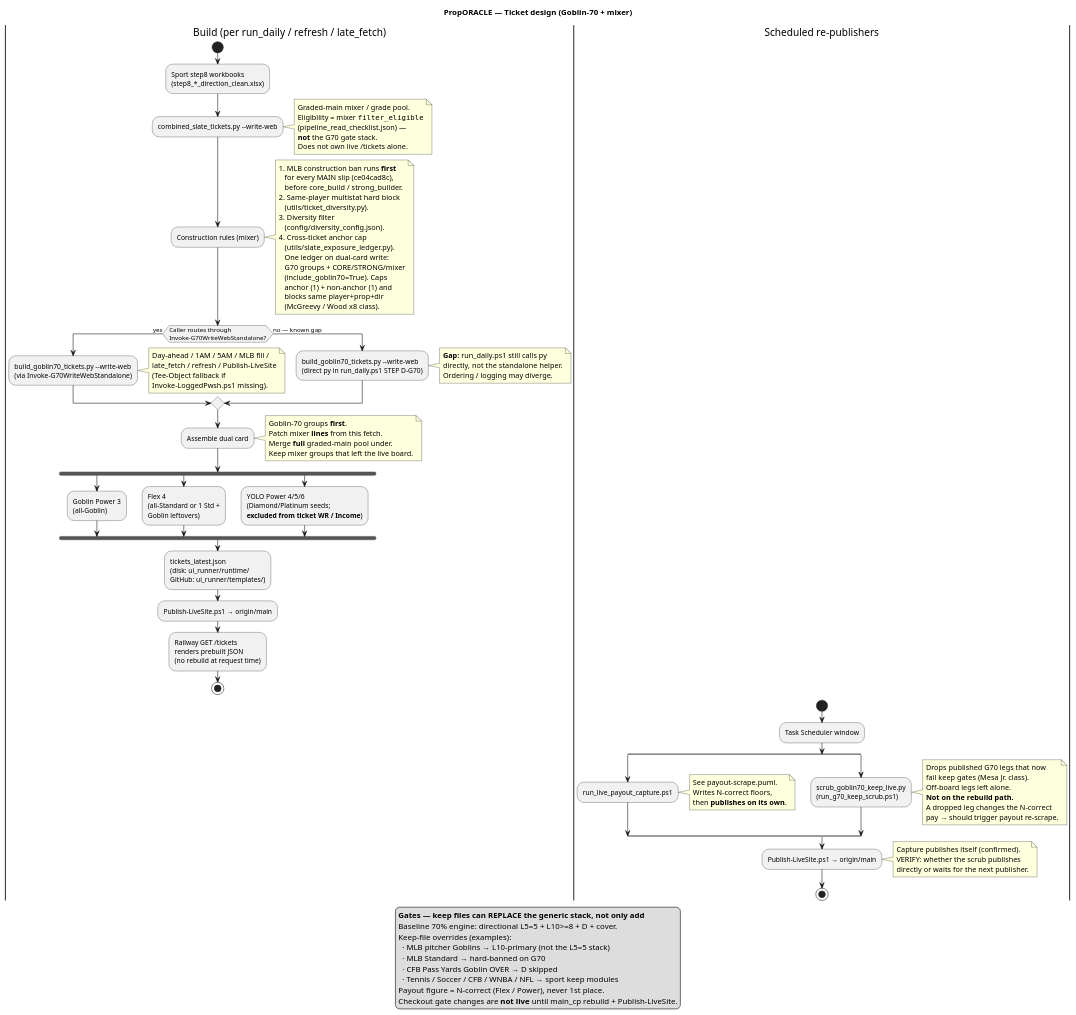
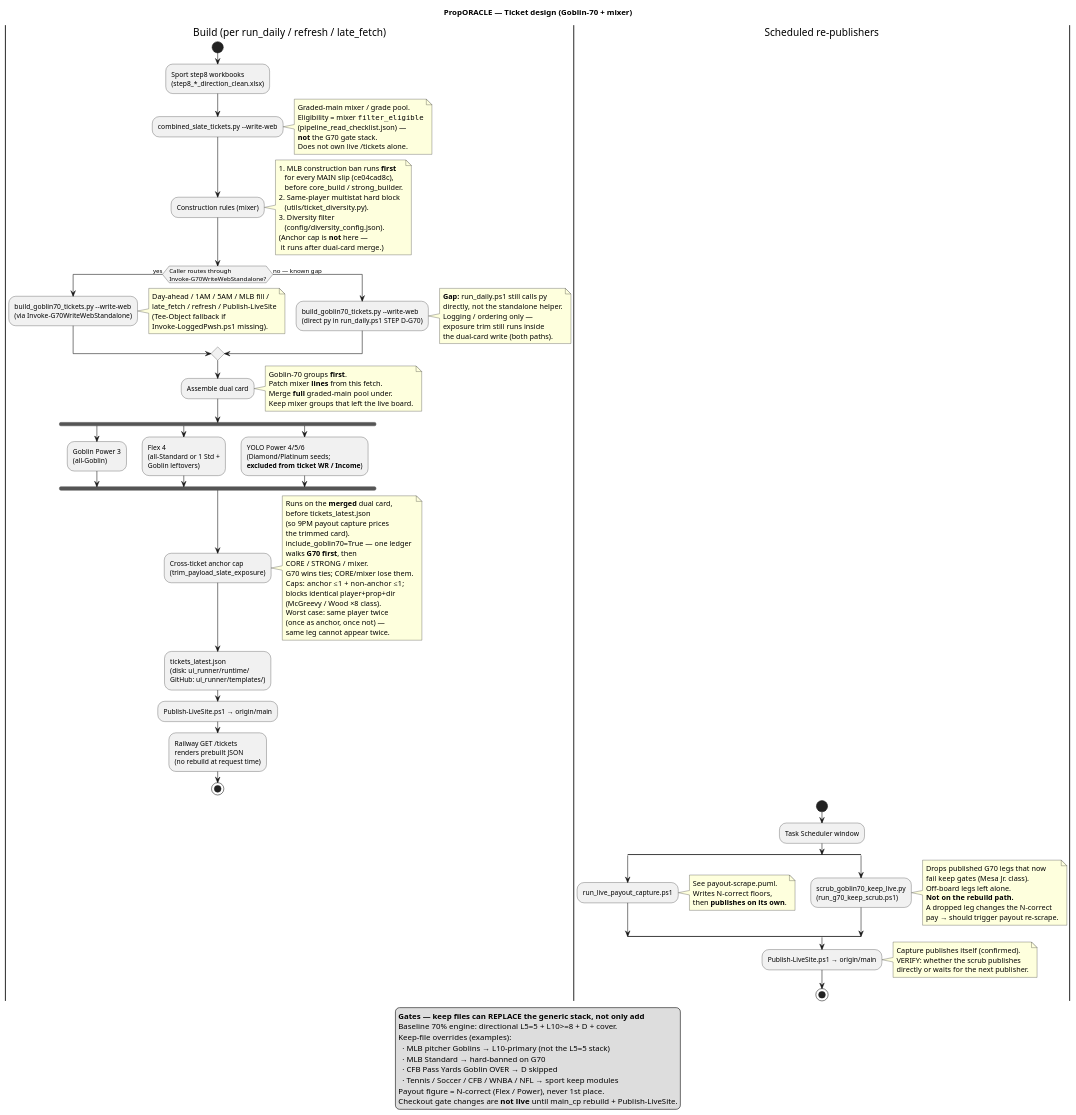
The diagram in docs/diagrams/ticket-design.puml (halekevi/PropORACLE), drawn with PlantUML before and after one commit. The commit also changed 1 other file, not shown here.

Commit message:
docs: Draw slate exposure trim after dual-card merge.
Moves the anchor-cap step out of mixer construction so readers see it run post-merge with G70-first walk order, before tickets_latest and the first payout scrape.

```diff
--- a/docs/diagrams/ticket-design.puml
+++ b/docs/diagrams/ticket-design.puml
@@ -1,119 +1,133 @@
 @startuml PropORACLE_Ticket_Design
 ' Ticket design — dual card build, construction rules, publish
 ' Scheduled re-publishers (payout capture, keep scrub) are separate flows below.
 ' Render: PlantUML extension or https://www.plantuml.com/plantuml
 
 title PropORACLE — Ticket design (Goblin-70 + mixer)
 
 |Build (per run_daily / refresh / late_fetch)|
 start
 :Sport step8 workbooks\n(step8_*_direction_clean.xlsx);
 
 :combined_slate_tickets.py --write-web;
 note right
   Graded-main mixer / grade pool.
   Eligibility = mixer ""filter_eligible""
   (pipeline_read_checklist.json) —
   **not** the G70 gate stack.
   Does not own live /tickets alone.
 end note
 
 :Construction rules (mixer);
 note right
   1. MLB construction ban runs **first**
      for every MAIN slip (ce04cad8c),
      before core_build / strong_builder.
   2. Same-player multistat hard block
      (utils/ticket_diversity.py).
   3. Diversity filter
      (config/diversity_config.json).
-  4. Cross-ticket anchor cap
-     (utils/slate_exposure_ledger.py).
-     One ledger on dual-card write:
-     G70 groups + CORE/STRONG/mixer
-     (include_goblin70=True). Caps
-     anchor (1) + non-anchor (1) and
-     blocks same player+prop+dir
-     (McGreevy / Wood x8 class).
+  (Anchor cap is **not** here —
+   it runs after dual-card merge.)
 end note
 
 if (Caller routes through\nInvoke-G70WriteWebStandalone?) then (yes)
   :build_goblin70_tickets.py --write-web\n(via Invoke-G70WriteWebStandalone);
   note right
     Day-ahead / 1AM / 5AM / MLB fill /
     late_fetch / refresh / Publish-LiveSite
     (Tee-Object fallback if
     Invoke-LoggedPwsh.ps1 missing).
   end note
 else (no — known gap)
   :build_goblin70_tickets.py --write-web\n(direct py in run_daily.ps1 STEP D-G70);
   note right
     **Gap:** run_daily.ps1 still calls py
     directly, not the standalone helper.
-    Ordering / logging may diverge.
+    Logging / ordering only —
+    exposure trim still runs inside
+    the dual-card write (both paths).
   end note
 endif
 
 :Assemble dual card;
 note right
   Goblin-70 groups **first**.
   Patch mixer **lines** from this fetch.
   Merge **full** graded-main pool under.
   Keep mixer groups that left the live board.
 end note
 
 fork
   :Goblin Power 3\n(all-Goblin);
 fork again
   :Flex 4\n(all-Standard or 1 Std +\nGoblin leftovers);
 fork again
   :YOLO Power 4/5/6\n(Diamond/Platinum seeds;\n**excluded from ticket WR / Income**);
 end fork
+
+:Cross-ticket anchor cap\n(trim_payload_slate_exposure);
+note right
+  Runs on the **merged** dual card,
+  before tickets_latest.json
+  (so 9PM payout capture prices
+  the trimmed card).
+  include_goblin70=True — one ledger
+  walks **G70 first**, then
+  CORE / STRONG / mixer.
+  G70 wins ties; CORE/mixer lose them.
+  Caps: anchor ≤1 + non-anchor ≤1;
+  blocks identical player+prop+dir
+  (McGreevy / Wood ×8 class).
+  Worst case: same player twice
+  (once as anchor, once not) —
+  same leg cannot appear twice.
+end note
 
 :tickets_latest.json\n(disk: ui_runner/runtime/\nGitHub: ui_runner/templates/);
 :Publish-LiveSite.ps1 → origin/main;
 :Railway GET /tickets\nrenders prebuilt JSON\n(no rebuild at request time);
 stop
 
 |Scheduled re-publishers|
 start
 :Task Scheduler window;
 split
   :run_live_payout_capture.ps1;
   note right
     See payout-scrape.puml.
     Writes N-correct floors,
     then **publishes on its own**.
   end note
 split again
   :scrub_goblin70_keep_live.py\n(run_g70_keep_scrub.ps1);
   note right
     Drops published G70 legs that now
     fail keep gates (Mesa Jr. class).
     Off-board legs left alone.
     **Not on the rebuild path.**
     A dropped leg changes the N-correct
     pay → should trigger payout re-scrape.
   end note
 end split
 :Publish-LiveSite.ps1 → origin/main;
 note right
   Capture publishes itself (confirmed).
   VERIFY: whether the scrub publishes
   directly or waits for the next publisher.
 end note
 stop
 
 legend bottom
   **Gates — keep files can REPLACE the generic stack, not only add**
   Baseline 70% engine: directional L5=5 + L10>=8 + D + cover.
   Keep-file overrides (examples):
     · MLB pitcher Goblins → L10-primary (not the L5=5 stack)
     · MLB Standard → hard-banned on G70
     · CFB Pass Yards Goblin OVER → D skipped
     · Tennis / Soccer / CFB / WNBA / NFL → sport keep modules
   Payout figure = N-correct (Flex / Power), never 1st place.
   Checkout gate changes are **not live** until main_cp rebuild + Publish-LiveSite.
 endlegend
 
 @enduml
```
